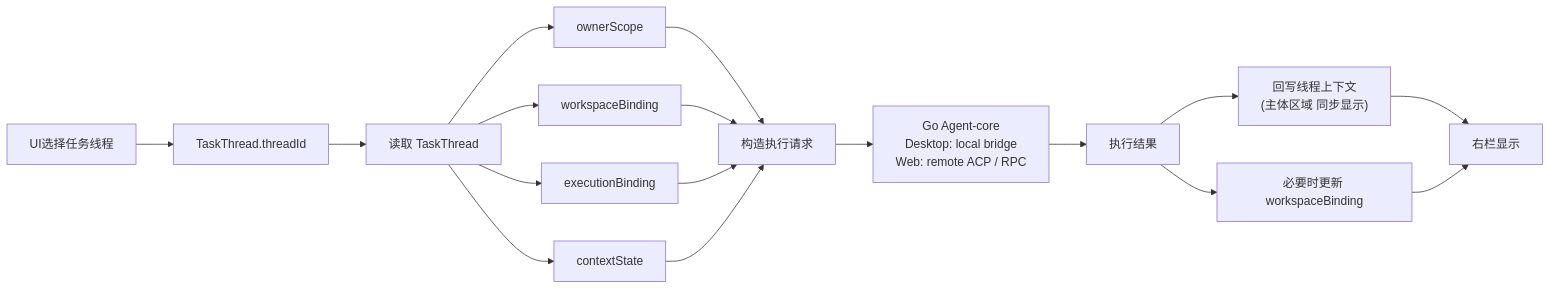
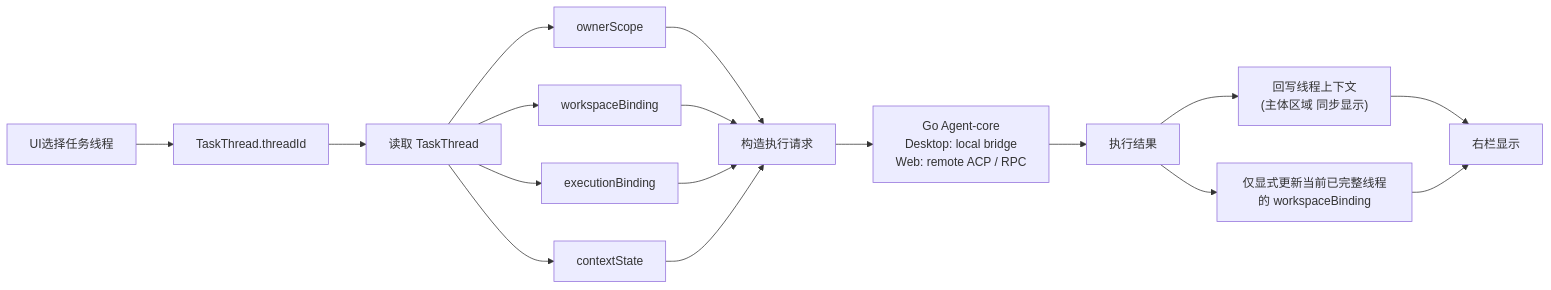
The second of 2 diagrams in docs/architecture/xworkmate-internal-state-architecture.md (x-evor/xworkmate-app), drawn with Mermaid before and after one commit. The commit also changed other lines of this file and 15 other files, not shown here.

````diff
--- a/docs/architecture/xworkmate-internal-state-architecture.md
+++ b/docs/architecture/xworkmate-internal-state-architecture.md
@@ -257,24 +258,24 @@
 ```mermaid
 flowchart LR
   A["UI选择任务线程"] --> B["TaskThread.threadId"]
   B --> C["读取 TaskThread"]
 
   C --> D1["ownerScope"]
   C --> D2["workspaceBinding"]
   C --> D3["executionBinding"]
   C --> D4["contextState"]
 
   D1 --> E["构造执行请求"]
   D2 --> E
   D3 --> E
   D4 --> E
 
   E --> F["Go Agent-core\nDesktop: local bridge\nWeb: remote ACP / RPC"]
   F --> G["执行结果"]
 
   G --> H["回写线程上下文\n(主体区域 同步显示)"]
-  G --> I["必要时更新 workspaceBinding"]
+  G --> I["仅显式更新当前已完整线程的 workspaceBinding"]
 
   H --> J["右栏显示"]
   I --> J
 ```
````
